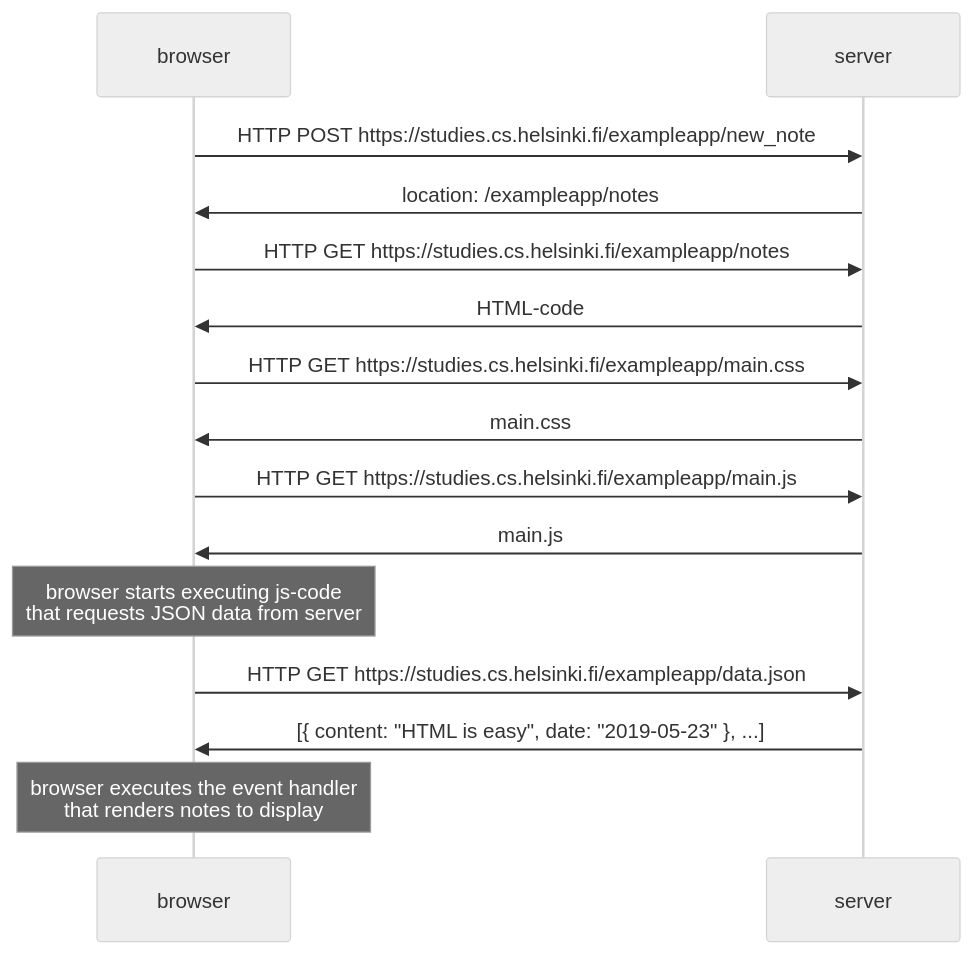
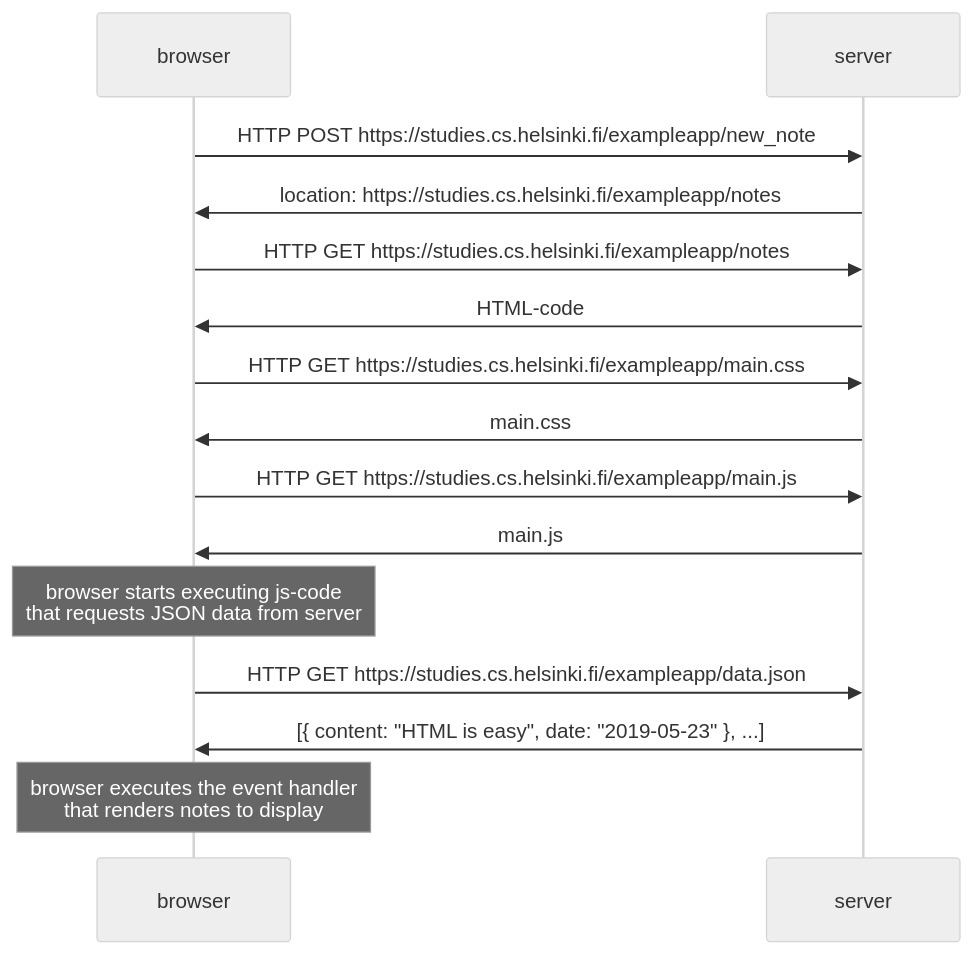
One commit to celomary/fullStack2022 changed the diagram in part0/newNote.md. Above: the diagram before and after it, drawn with Mermaid (neutral theme).

````diff
--- a/part0/newNote.md
+++ b/part0/newNote.md
@@ -1,17 +1,17 @@
 ```mermaid
 sequenceDiagram;
     participant browser;
     participant server;
     browser->>server: HTTP POST https://studies.cs.helsinki.fi/exampleapp/new_note;
-    server->>browser: location: /exampleapp/notes;
+    server->>browser: location: https://studies.cs.helsinki.fi/exampleapp/notes;
     browser->>server: HTTP GET https://studies.cs.helsinki.fi/exampleapp/notes;
     server->>browser: HTML-code;
     browser->>server: HTTP GET https://studies.cs.helsinki.fi/exampleapp/main.css;
     server->>browser: main.css;
     browser->>server: HTTP GET https://studies.cs.helsinki.fi/exampleapp/main.js;
     server->>browser: main.js;
     Note over browser: browser starts executing js-code <br />that requests JSON data from server;
     browser->>server: HTTP GET https://studies.cs.helsinki.fi/exampleapp/data.json;
     server->>browser: [{ content: "HTML is easy", date: "2019-05-23" }, ...];
     Note over browser: browser executes the event handler <br /> that renders notes to display;
 ```
````
